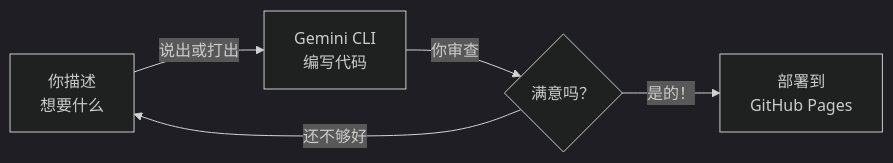
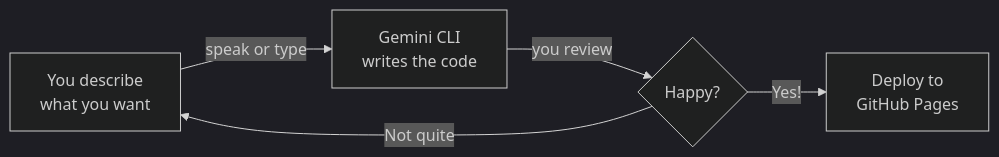
Before and after one commit to ChanMeng666/ai-programming-teaching-project: the diagram in versioned_docs/version-2026-her-waka/tutorial/personal-website/overview.mdx, drawn with Mermaid (dark theme). The commit also changed other lines of this file and 472 other files, not shown here.

````diff
--- a/versioned_docs/version-2026-her-waka/tutorial/personal-website/overview.mdx
+++ b/versioned_docs/version-2026-her-waka/tutorial/personal-website/overview.mdx
@@ -32,7 +32,7 @@
 ```mermaid
 flowchart LR
-    A["你描述\n想要什么"] -->|"说出或打出"| B["Gemini CLI\n编写代码"]
-    B -->|"你审查"| C{"满意吗？"}
-    C -->|"还不够好"| A
-    C -->|"是的！"| D["部署到\nGitHub Pages"]
+    A["You describe\nwhat you want"] -->|"speak or type"| B["Gemini CLI\nwrites the code"]
+    B -->|"you review"| C{"Happy?"}
+    C -->|"Not quite"| A
+    C -->|"Yes!"| D["Deploy to\nGitHub Pages"]
 ```
````
